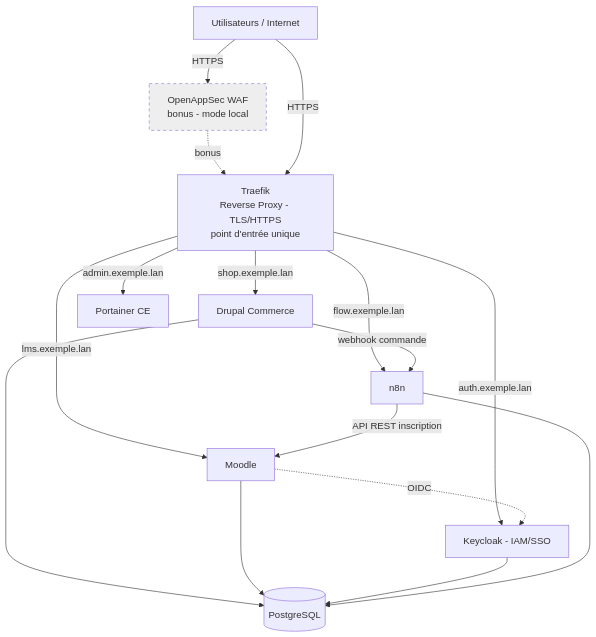
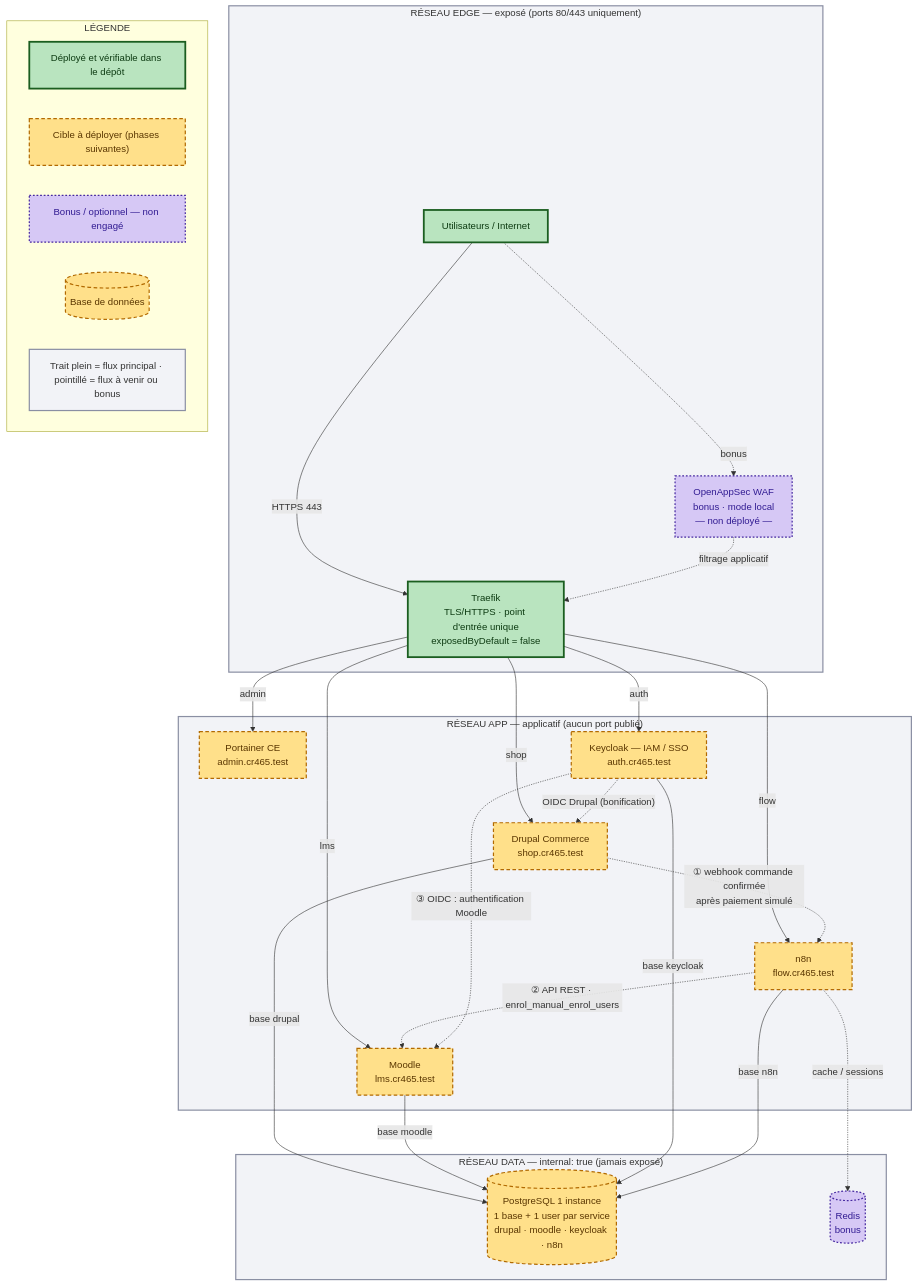
One commit to 20GHhub19/CR465-travail-de-session changed the diagram in docs/architecture/01-architecture-generale.md. Above: the diagram before and after it, drawn with Mermaid. The commit also changed other lines of this file and 11 other files, not shown here.

First line of the commit message:
docs(architecture): schemas consolides, guide de lecture et contributions

````diff
--- a/docs/architecture/01-architecture-generale.md
+++ b/docs/architecture/01-architecture-generale.md
@@ -6,34 +10,66 @@
 ```mermaid
-%% ============================================================
-%% Schéma 1 - Architecture générale (parcours métier)
-%% Projet CR465 - Équipe Projet-CR465-D-Gaius
-%% Règle : mettre à jour à chaque changement réel du déploiement
-%% WAF et Redis = bonus (en pointillé)
-%% ============================================================
-flowchart TD
-    Internet["Utilisateurs / Internet"]
-    WAF["OpenAppSec WAF<br/>bonus - mode local"]
-    Proxy["Traefik<br/>Reverse Proxy - TLS/HTTPS<br/>point d'entrée unique"]
+flowchart TB
+    subgraph EDGE["RÉSEAU EDGE — exposé (ports 80/443 uniquement)"]
+        USERS["Utilisateurs / Internet"]
+        WAF["OpenAppSec WAF<br/>bonus · mode local<br/>— non déployé —"]
+        TRAEFIK["Traefik<br/>TLS/HTTPS · point d'entrée unique<br/>exposedByDefault = false"]
+    end
 
-    Internet -->|"HTTPS"| WAF
-    WAF -.->|"bonus"| Proxy
-    Internet -->|"HTTPS"| Proxy
+    subgraph APP["RÉSEAU APP — applicatif (aucun port publié)"]
+        PORTAINER["Portainer CE<br/>admin.cr465.test"]
+        DRUPAL["Drupal Commerce<br/>shop.cr465.test"]
+        N8N["n8n<br/>flow.cr465.test"]
+        MOODLE["Moodle<br/>lms.cr465.test"]
+        KEYCLOAK["Keycloak — IAM / SSO<br/>auth.cr465.test"]
+    end
 
-    Proxy -->|"shop.exemple.lan"| Drupal["Drupal Commerce"]
-    Proxy -->|"lms.exemple.lan"| Moodle["Moodle"]
-    Proxy -->|"auth.exemple.lan"| Keycloak["Keycloak - IAM/SSO"]
-    Proxy -->|"flow.exemple.lan"| N8N["n8n"]
-    Proxy -->|"admin.exemple.lan"| Portainer["Portainer CE"]
+    subgraph DATA["RÉSEAU DATA — internal: true (jamais exposé)"]
+        PG[("PostgreSQL 1 instance<br/>1 base + 1 user par service<br/>drupal · moodle · keycloak · n8n")]
+        REDIS[("Redis<br/>bonus")]
+    end
 
-    Drupal -->|"webhook commande"| N8N
-    N8N -->|"API REST inscription"| Moodle
-    Moodle -.->|"OIDC"| Keycloak
+    USERS -->|"HTTPS 443"| TRAEFIK
+    USERS -.->|"bonus"| WAF
+    WAF -.->|"filtrage applicatif"| TRAEFIK
 
-    Drupal --> Postgres[("PostgreSQL")]
-    Moodle --> Postgres
-    Keycloak --> Postgres
-    N8N --> Postgres
+    TRAEFIK -->|"admin"| PORTAINER
+    TRAEFIK -->|"shop"| DRUPAL
+    TRAEFIK -->|"lms"| MOODLE
+    TRAEFIK -->|"auth"| KEYCLOAK
+    TRAEFIK -->|"flow"| N8N
 
-    classDef optional stroke-dasharray:5,5,fill:#eee;
-    class WAF optional;
+    DRUPAL -->|"base drupal"| PG
+    MOODLE -->|"base moodle"| PG
+    KEYCLOAK -->|"base keycloak"| PG
+    N8N -->|"base n8n"| PG
+    N8N -.->|"cache / sessions"| REDIS
+
+    DRUPAL -.->|"① webhook commande confirmée<br/>après paiement simulé"| N8N
+    N8N -.->|"② API REST · enrol_manual_enrol_users"| MOODLE
+    KEYCLOAK -.->|"③ OIDC : authentification Moodle"| MOODLE
+    KEYCLOAK -.->|"OIDC Drupal (bonification)"| DRUPAL
+
+    subgraph LEG["LÉGENDE"]
+        L1["Déployé et vérifiable dans le dépôt"]
+        L2["Cible à déployer (phases suivantes)"]
+        L3["Bonus / optionnel — non engagé"]
+        L4[("Base de données")]
+        L5["Trait plein = flux principal · pointillé = flux à venir ou bonus"]
+    end
+    class L1 deployed
+    class L2 toBuild
+    class L3 bonus
+    class L4 toBuild
+    class L5 zone
+
+    classDef deployed fill:#b9e4bf,stroke:#1b5e20,stroke-width:3px,color:#0d3b12
+    classDef toBuild fill:#ffe08a,stroke:#b26a00,stroke-width:2px,stroke-dasharray:6 4,color:#5a3600
+    classDef bonus fill:#d6c8f5,stroke:#4527a0,stroke-width:2px,stroke-dasharray:3 3,color:#311b92
+    classDef zone fill:#f2f3f7,stroke:#8a8fa3,stroke-width:2px
+
+    class USERS,TRAEFIK deployed
+    class PORTAINER,DRUPAL,N8N,MOODLE,KEYCLOAK,PG toBuild
+    class WAF,REDIS bonus
+
+    class EDGE,APP,DATA zone
 ```
````
